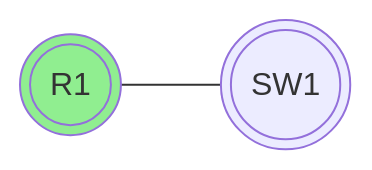
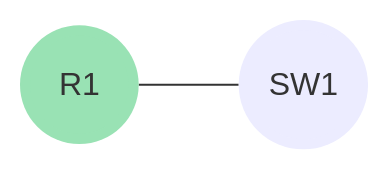
Before and after one commit to DenDanskeMine/Retype: the first of 2 diagrams in Starterguide/Starter guide.md, drawn with Mermaid. The commit also changed other lines of this file and 2 other files, not shown here.

````diff
--- a/Starterguide/Starter guide.md
+++ b/Starterguide/Starter guide.md
@@ -17,5 +17,6 @@
 ```mermaid
 flowchart LR
-	1((("R1"))) --- 2((("SW1")))
-	style 1 fill:lightgreen
+	1((("&nbsp;R1&nbsp;"))) --- 2((("SW1")))
+	style 1 fill:#99e2b4,stroke-width: 0px
+	style 2 stroke-width: 0px
 ```
````
